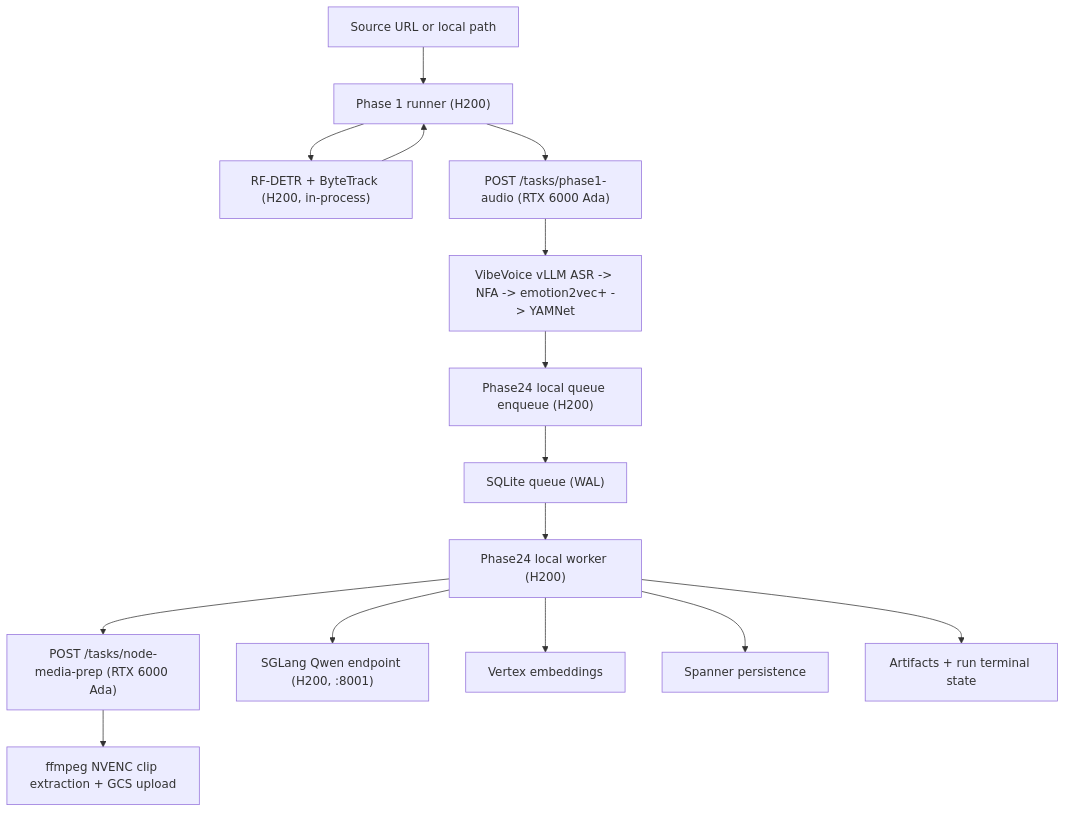
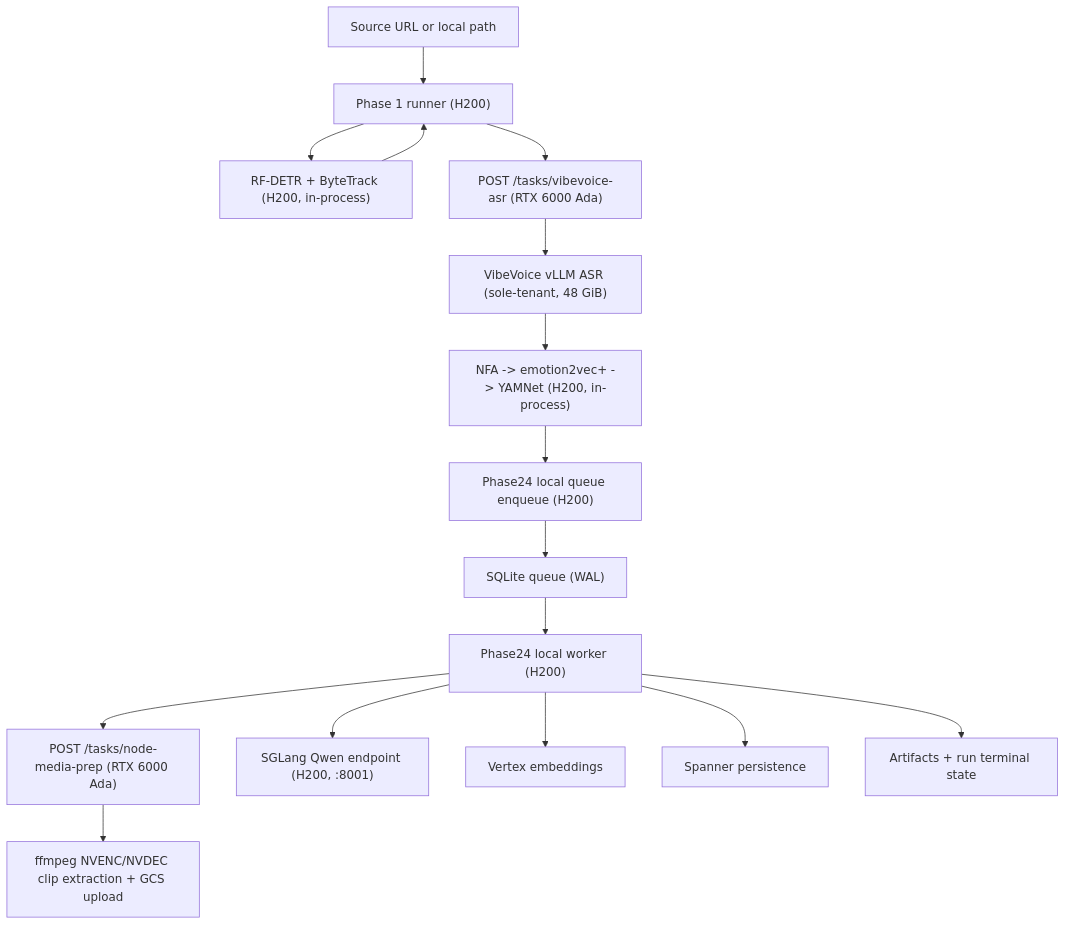
Before and after one commit to ClyptAI/Clypt-Backend: the diagram in docs/ARCHITECTURE.md, drawn with Mermaid. The commit also changed other lines of this file and 38 other files, not shown here.

````diff
--- a/docs/ARCHITECTURE.md
+++ b/docs/ARCHITECTURE.md
@@ -13,29 +13,31 @@
 ```mermaid
 flowchart TD
   source["Source URL or local path"]
   p1["Phase 1 runner (H200)"]
   visual["RF-DETR + ByteTrack (H200, in-process)"]
-  audiopost["POST /tasks/phase1-audio (RTX 6000 Ada)"]
-  audio["VibeVoice vLLM ASR -> NFA -> emotion2vec+ -> YAMNet"]
+  asrpost["POST /tasks/vibevoice-asr (RTX 6000 Ada)"]
+  asr["VibeVoice vLLM ASR (sole-tenant, 48 GiB)"]
+  audiopost["NFA -> emotion2vec+ -> YAMNet (H200, in-process)"]
   mediapost["POST /tasks/node-media-prep (RTX 6000 Ada)"]
-  mediaprep["ffmpeg NVENC clip extraction + GCS upload"]
+  mediaprep["ffmpeg NVENC/NVDEC clip extraction + GCS upload"]
   handoff["Phase24 local queue enqueue (H200)"]
   q["SQLite queue (WAL)"]
   w["Phase24 local worker (H200)"]
   llm["SGLang Qwen endpoint (H200, :8001)"]
   emb["Vertex embeddings"]
   sp["Spanner persistence"]
   out["Artifacts + run terminal state"]
 
   source --> p1
   p1 --> visual
-  p1 --> audiopost --> audio
-  audio --> handoff
+  p1 --> asrpost --> asr
+  asr --> audiopost
+  audiopost --> handoff
   handoff --> q --> w
   w --> mediapost --> mediaprep
   w --> llm
   w --> emb
   w --> sp
   visual --> p1
   w --> out
 ```
````
